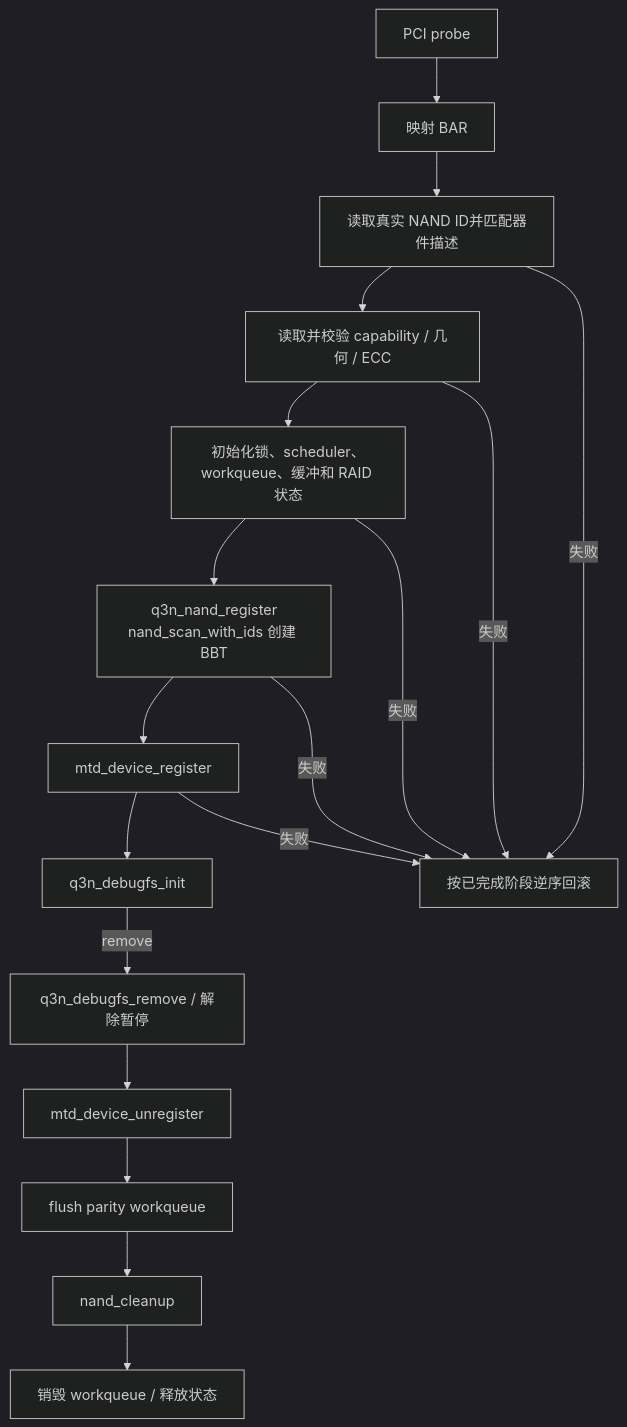
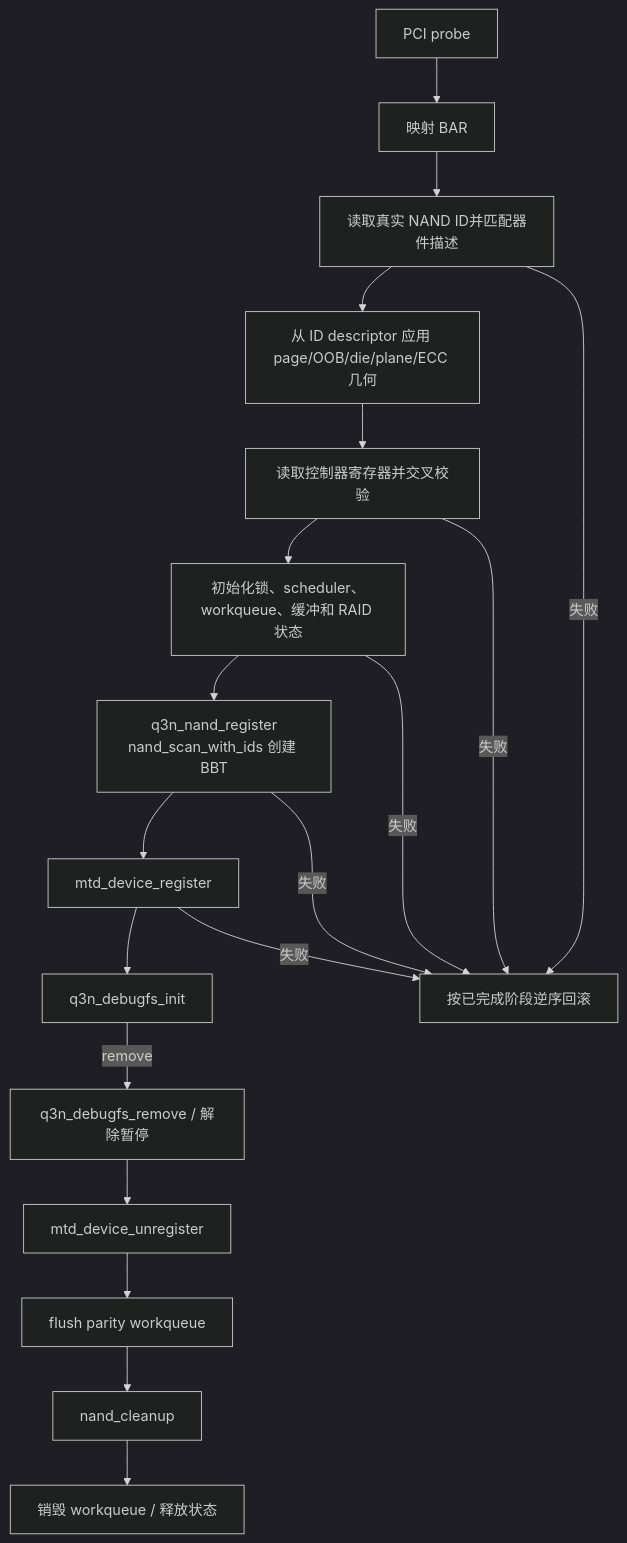
The fourth of 5 diagrams in docs/superpowers/specs/2026-09-13-linux-driver-functional-split-design.md (avenstar65/3dnand_test), drawn with Mermaid (dark theme) before and after one commit. The commit also changed other lines of this file and 14 other files, not shown here.

````diff
--- a/docs/superpowers/specs/2026-09-13-linux-driver-functional-split-design.md
+++ b/docs/superpowers/specs/2026-09-13-linux-driver-functional-split-design.md
@@ -240,22 +246,23 @@
 ```mermaid
 flowchart TB
     P["PCI probe"] --> BAR["映射 BAR"]
     BAR --> ID["读取真实 NAND ID并匹配器件描述"]
-    ID --> GEOM["读取并校验 capability / 几何 / ECC"]
+    ID --> APPLY["从 ID descriptor 应用 page/OOB/die/plane/ECC 几何"]
+    APPLY --> GEOM["读取控制器寄存器并交叉校验"]
     GEOM --> STATE["初始化锁、scheduler、workqueue、缓冲和 RAID 状态"]
     STATE --> SCAN["q3n_nand_register<br/>nand_scan_with_ids 创建 BBT"]
     SCAN --> REG["mtd_device_register"]
     REG --> DBG["q3n_debugfs_init"]
 
     DBG -->|remove| UNDBG["q3n_debugfs_remove / 解除暂停"]
     UNDBG --> UNREG["mtd_device_unregister"]
     UNREG --> FLUSH["flush parity workqueue"]
     FLUSH --> CLEAN["nand_cleanup"]
     CLEAN --> FREE["销毁 workqueue / 释放状态"]
 
     ID -->|失败| ROLLBACK["按已完成阶段逆序回滚"]
     GEOM -->|失败| ROLLBACK
     STATE -->|失败| ROLLBACK
     SCAN -->|失败| ROLLBACK
     REG -->|失败| ROLLBACK
 ```
````
